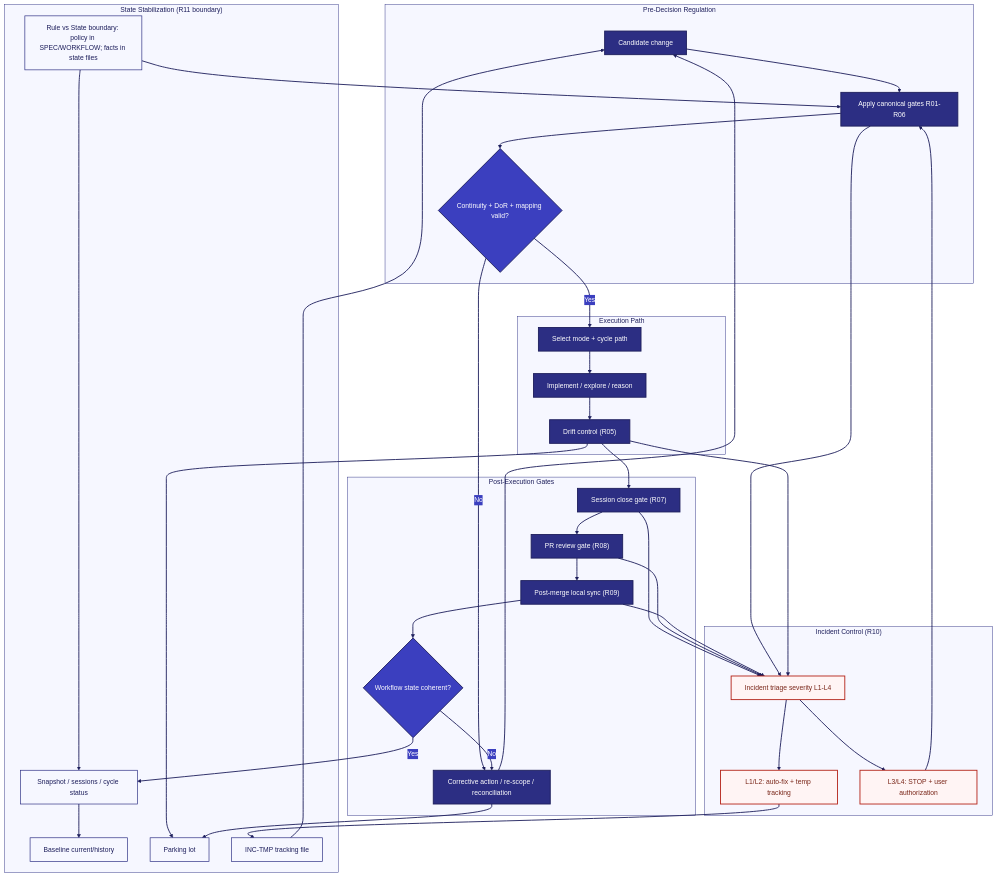
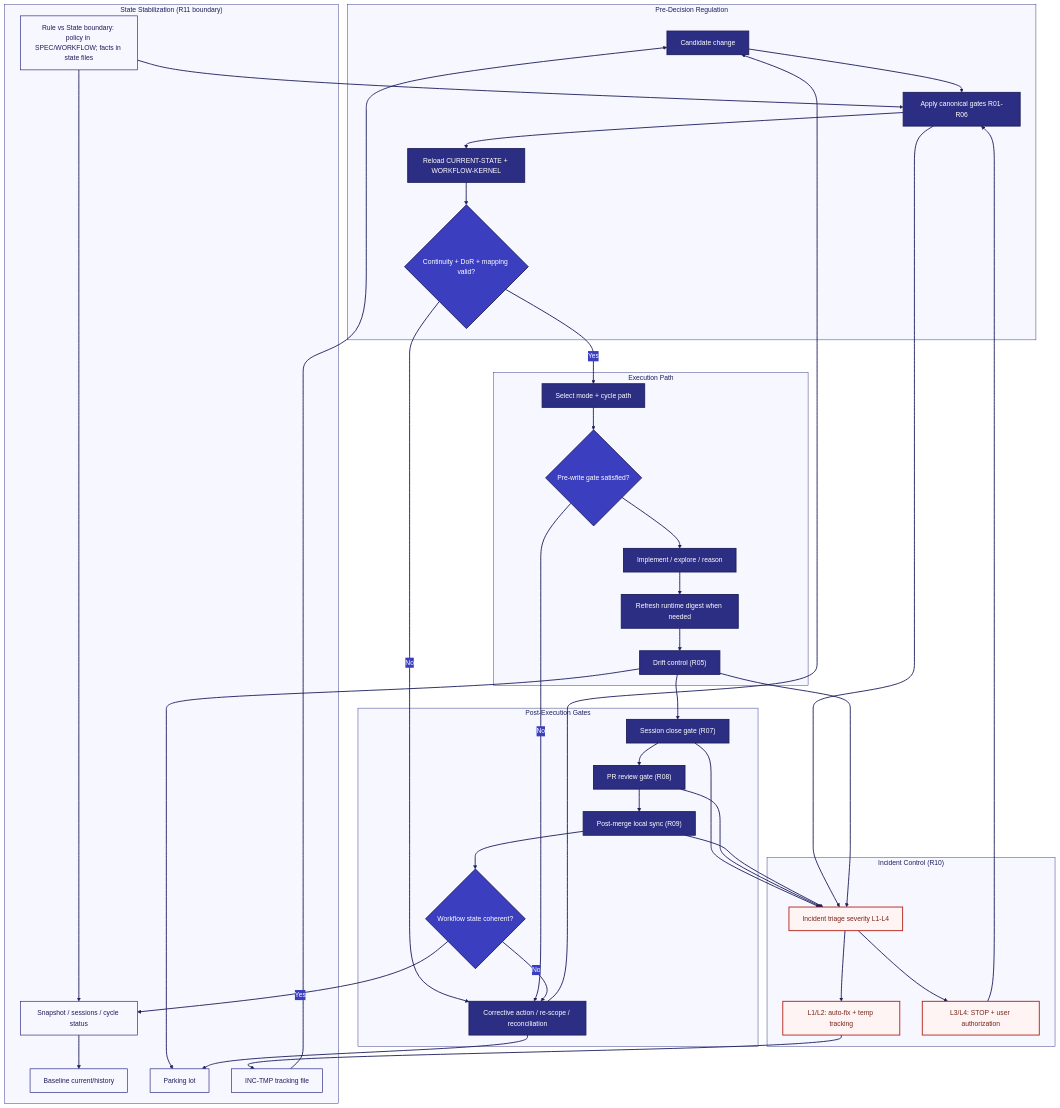
The diagram in docs/diagrams/04-entropy-regulation-control-loop.md (leuzeus/aidn), drawn with Mermaid before and after one commit. The commit also changed 14 other files, not shown here.

First line of the commit message:
chore(release): bump to 0.4.0 and refresh diagrams (#13)

```diff
--- a/docs/diagrams/04-entropy-regulation-control-loop.md
+++ b/docs/diagrams/04-entropy-regulation-control-loop.md
@@ -16,17 +16,20 @@
     "tertiaryBorderColor": "#2C2E83"
   }
 }}%%
-%% 4) Entropy Regulation Control Loop (v0.3.0)
+%% 4) Entropy Regulation Control Loop (v0.4.0)
 flowchart TD
   subgraph PRE["Pre-Decision Regulation"]
     IN["Candidate change"]
     RULES["Apply canonical gates R01-R06"]
+    ANCHOR["Reload CURRENT-STATE + WORKFLOW-KERNEL"]
     G1{"Continuity + DoR + mapping valid?"}
   end
 
   subgraph RUN["Execution Path"]
     PLAN["Select mode + cycle path"]
+    PWRITE{"Pre-write gate satisfied?"}
     IMP["Implement / explore / reason"]
+    RT["Refresh runtime digest when needed"]
     DRIFT["Drift control (R05)"]
   end
 
@@ -52,9 +55,10 @@
     BOUND["Rule vs State boundary: policy in SPEC/WORKFLOW; facts in state files"]
   end
 
-  IN --> RULES --> G1
-  G1 -->|Yes| PLAN --> IMP --> DRIFT --> CLOSE --> PR --> SYNC --> G2
+  IN --> RULES --> ANCHOR --> G1
+  G1 -->|Yes| PLAN --> PWRITE --> IMP --> RT --> DRIFT --> CLOSE --> PR --> SYNC --> G2
   G1 -->|No| FIX
+  PWRITE -->|No| FIX
   G2 -->|No| FIX --> IN
   G2 -->|Yes| SNAP --> BASE
 
@@ -78,8 +82,8 @@
   classDef state fill:#F6F7FF,stroke:#2C2E83,color:#1E1F5C,stroke-width:1.5px;
   classDef incident fill:#FFF4F4,stroke:#B42318,color:#7A271A,stroke-width:2px;
 
-  class G1,G2 gate;
-  class IN,RULES,PLAN,IMP,DRIFT,CLOSE,PR,SYNC,FIX action;
+  class G1,PWRITE,G2 gate;
+  class IN,RULES,ANCHOR,PLAN,IMP,RT,DRIFT,CLOSE,PR,SYNC,FIX action;
   class SNAP,BASE,PARK,TMP,BOUND state;
   class TRIAGE,L12,L34 incident;
 
```
